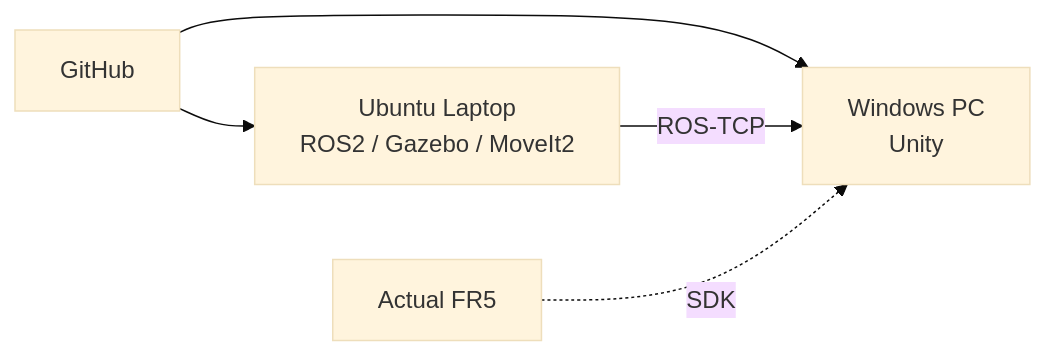
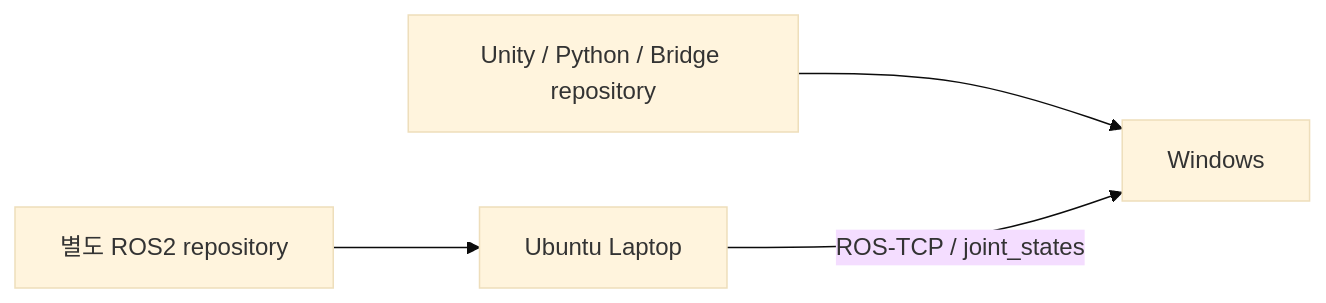
The diagram in docs/14_deployment_and_handoff.md (seongyeop-dev/fr5-unity-digital-twin), drawn with Mermaid (base theme) before and after one commit. The commit also changed other lines of this file and 49 other files, not shown here.

````diff
--- a/docs/14_deployment_and_handoff.md
+++ b/docs/14_deployment_and_handoff.md
@@ -33,7 +15,6 @@
 ```mermaid
 flowchart LR
-    GH["GitHub"] --> LAP["Ubuntu Laptop<br/>ROS2 / Gazebo / MoveIt2"]
-    GH --> WIN["Windows PC<br/>Unity"]
-    LAP -->|ROS-TCP| WIN
-    HW["Actual FR5"] -. SDK .-> WIN
+    UREPO["Unity / Python / Bridge repository"] --> WIN["Windows"]
+    RREPO["별도 ROS2 repository"] --> LAP["Ubuntu Laptop"]
+    LAP -->|"ROS-TCP / joint_states"| WIN
 ```
````
